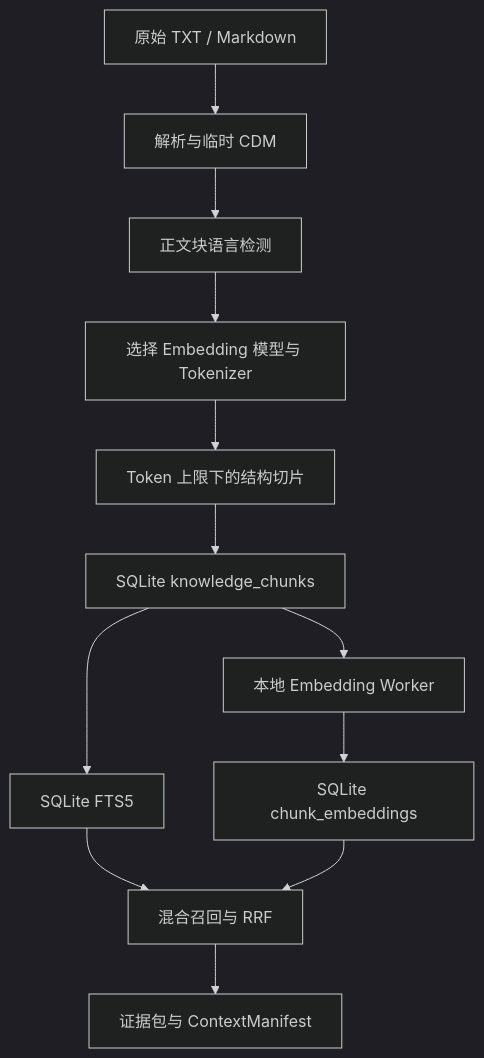
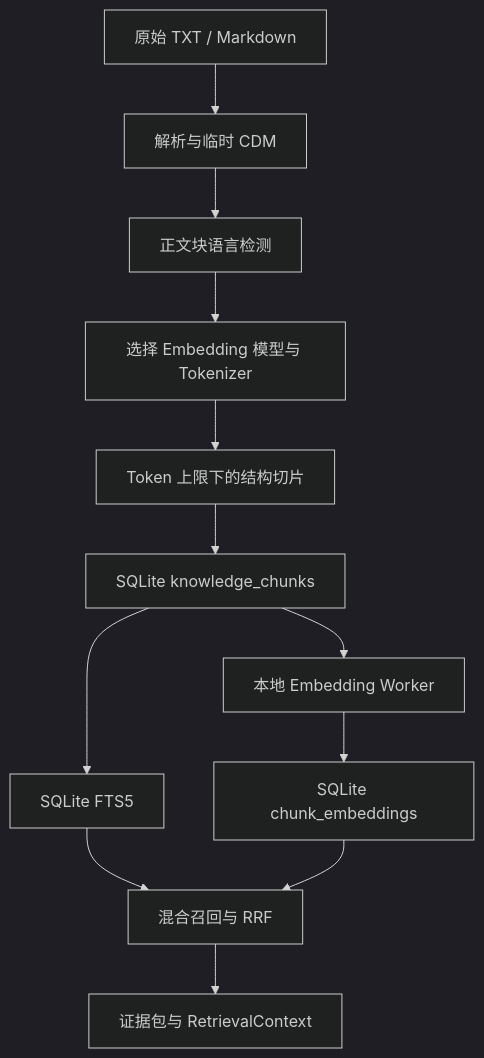
Before and after one commit to Mengman/CleoDoc: the first of 2 diagrams in docs/LOCAL_RAG_INGESTION_DESIGN.md, drawn with Mermaid (dark theme). The commit also changed other lines of this file and 43 other files, not shown here.

````diff
--- a/docs/LOCAL_RAG_INGESTION_DESIGN.md
+++ b/docs/LOCAL_RAG_INGESTION_DESIGN.md
@@ -45,14 +45,14 @@
 ```mermaid
 flowchart TD
     SOURCE["原始 TXT / Markdown"] --> PARSER["解析与临时 CDM"]
     PARSER --> LANGUAGE["正文块语言检测"]
     LANGUAGE --> MODEL["选择 Embedding 模型与 Tokenizer"]
     MODEL --> CHUNKER["Token 上限下的结构切片"]
     CHUNKER --> CHUNKS["SQLite knowledge_chunks"]
     CHUNKS --> FTS["SQLite FTS5"]
     CHUNKS --> EMBEDDER["本地 Embedding Worker"]
     EMBEDDER --> VECTORS["SQLite chunk_embeddings"]
     FTS --> FUSION["混合召回与 RRF"]
     VECTORS --> FUSION
-    FUSION --> EVIDENCE["证据包与 ContextManifest"]
+    FUSION --> EVIDENCE["证据包与 RetrievalContext"]
 ```
````
